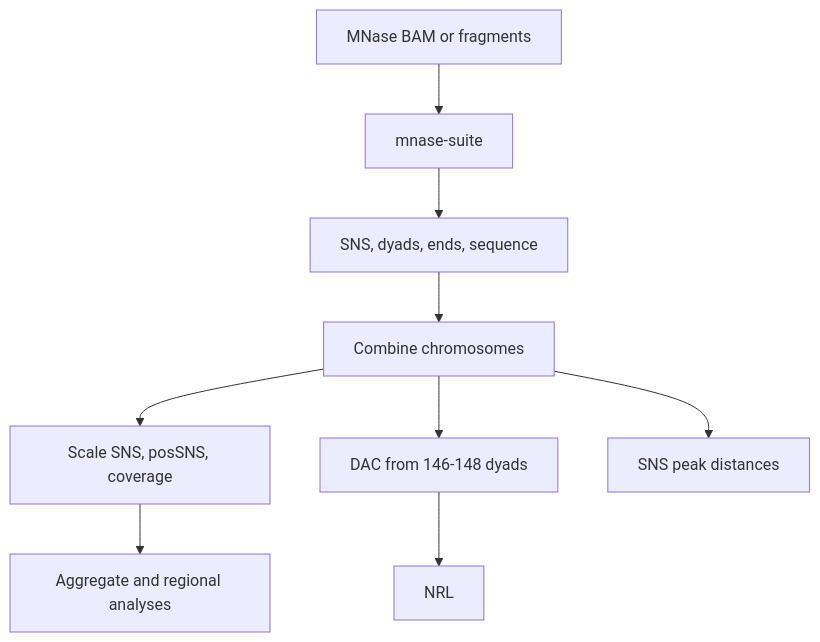
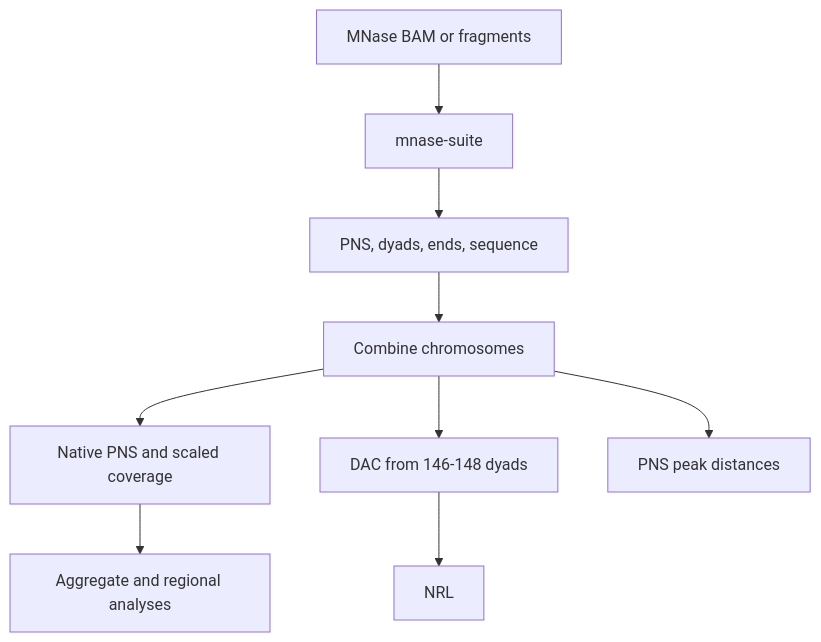
Before and after one commit to adjohnston85/NucleoSuite: the diagram in docs/commands/mnase-suite.md, drawn with Mermaid. The commit also changed other lines of this file and 84 other files, not shown here.

````diff
--- a/docs/commands/mnase-suite.md
+++ b/docs/commands/mnase-suite.md
@@ -25,11 +25,11 @@
 ```mermaid
 flowchart TB
     A[MNase BAM or fragments] --> B[mnase-suite]
-    B --> C[SNS, dyads, ends, sequence]
+    B --> C[PNS, dyads, ends, sequence]
     C --> D[Combine chromosomes]
-    D --> E[Scale SNS, posSNS, coverage]
+    D --> E[Native PNS and scaled coverage]
     D --> F[DAC from 146-148 dyads]
     F --> G[NRL]
     E --> H[Aggregate and regional analyses]
-    D --> I[SNS peak distances]
+    D --> I[PNS peak distances]
 ```
````
